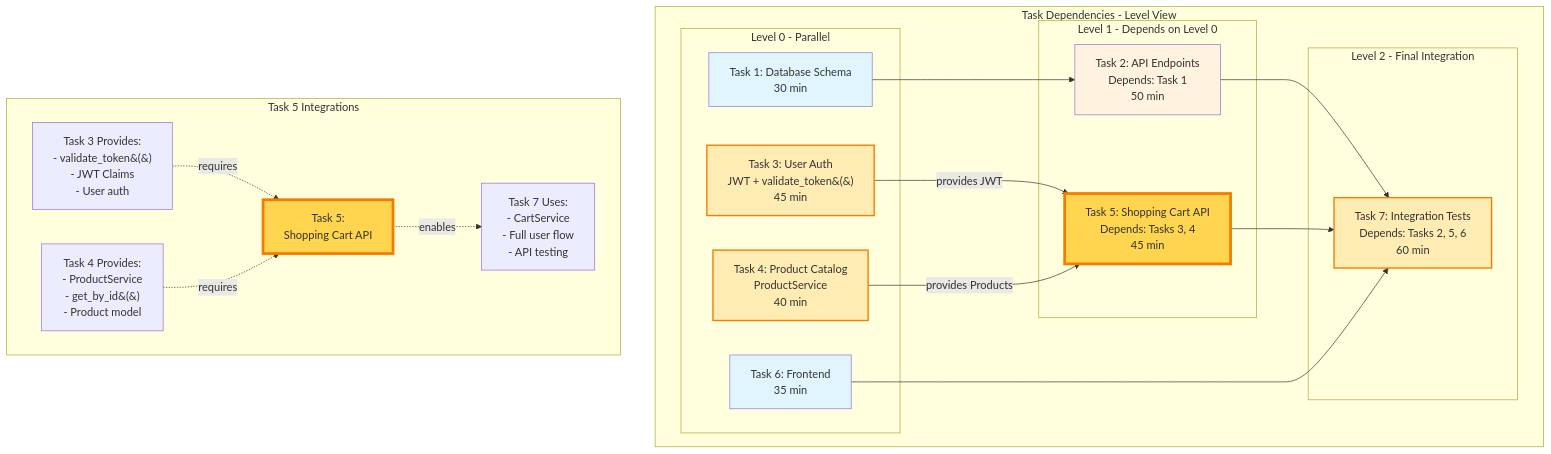
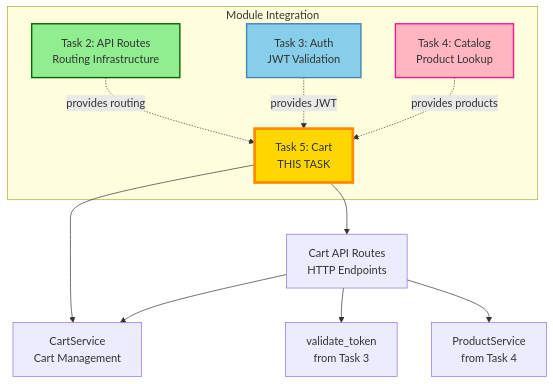
The second of 5 diagrams in .taskmaster/docs/task-5/diagrams.mmd (5dlabs/cto-parallel-test), drawn with Mermaid before and after one commit. The commit also changed other lines of this file and 34 other files, not shown here.

````diff
--- a/.taskmaster/docs/task-5/diagrams.mmd
+++ b/.taskmaster/docs/task-5/diagrams.mmd
@@ -226,53 +40,25 @@
 ```mermaid
 graph TB
-    subgraph "Task Dependencies - Level View"
-        subgraph "Level 0 - Parallel"
-            Task1[Task 1: Database Schema<br/>30 min]
-            Task3[Task 3: User Auth<br/>JWT + validate_token&#40;&#41;<br/>45 min]
-            Task4[Task 4: Product Catalog<br/>ProductService<br/>40 min]
-            Task6[Task 6: Frontend<br/>35 min]
-        end
-
-        subgraph "Level 1 - Depends on Level 0"
-            Task2[Task 2: API Endpoints<br/>Depends: Task 1<br/>50 min]
-            Task5[Task 5: Shopping Cart API<br/>Depends: Tasks 3, 4<br/>45 min]
-        end
-
-        subgraph "Level 2 - Final Integration"
-            Task7[Task 7: Integration Tests<br/>Depends: Tasks 2, 5, 6<br/>60 min]
-        end
-
-        Task3 -->|provides JWT| Task5
-        Task4 -->|provides Products| Task5
-        Task1 --> Task2
-        Task2 --> Task7
-        Task5 --> Task7
-        Task6 --> Task7
+    subgraph "Module Integration"
+        Task2[Task 2: API Routes<br/>Routing Infrastructure]
+        Task3[Task 3: Auth<br/>JWT Validation]
+        Task4[Task 4: Catalog<br/>Product Lookup]
+        Task5[Task 5: Cart<br/>THIS TASK]
     end
 
-    subgraph "Task 5 Integrations"
-        direction LR
-        T5[Task 5:<br/>Shopping Cart API]
-        T3Dep[Task 3 Provides:<br/>- validate_token&#40;&#41;<br/>- JWT Claims<br/>- User auth]
-        T4Dep[Task 4 Provides:<br/>- ProductService<br/>- get_by_id&#40;&#41;<br/>- Product model]
-        T7Use[Task 7 Uses:<br/>- CartService<br/>- Full user flow<br/>- API testing]
+    Task2 -.provides routing.-> Task5
+    Task3 -.provides JWT.-> Task5
+    Task4 -.provides products.-> Task5
 
-        T3Dep -.->|requires| T5
-        T4Dep -.->|requires| T5
-        T5 -.->|enables| T7Use
-    end
+    Task5 --> CartSvc[CartService<br/>Cart Management]
+    Task5 --> CartAPI[Cart API Routes<br/>HTTP Endpoints]
 
-    style Task5 fill:#ffd54f,stroke:#f57c00,stroke-width:4px
-    style Task3 fill:#ffecb3,stroke:#f57c00,stroke-width:2px
-    style Task4 fill:#ffecb3,stroke:#f57c00,stroke-width:2px
-    style Task7 fill:#ffecb3,stroke:#f57c00,stroke-width:2px
-    style T5 fill:#ffd54f,stroke:#f57c00,stroke-width:4px
+    CartAPI --> Auth[validate_token<br/>from Task 3]
+    CartAPI --> ProdSvc[ProductService<br/>from Task 4]
+    CartAPI --> CartSvc
 
-    classDef level0 fill:#e1f5fe
-    classDef level1 fill:#fff3e0
-    classDef level2 fill:#f3e5f5
-
-    class Task1,Task3,Task4,Task6 level0
-    class Task2,Task5 level1
-    class Task7 level2
+    style Task5 fill:#FFD700,stroke:#FF8C00,stroke-width:4px
+    style Task2 fill:#90EE90,stroke:#006400,stroke-width:2px
+    style Task3 fill:#87CEEB,stroke:#4682B4,stroke-width:2px
+    style Task4 fill:#FFB6C1,stroke:#FF1493,stroke-width:2px
 ```
````
